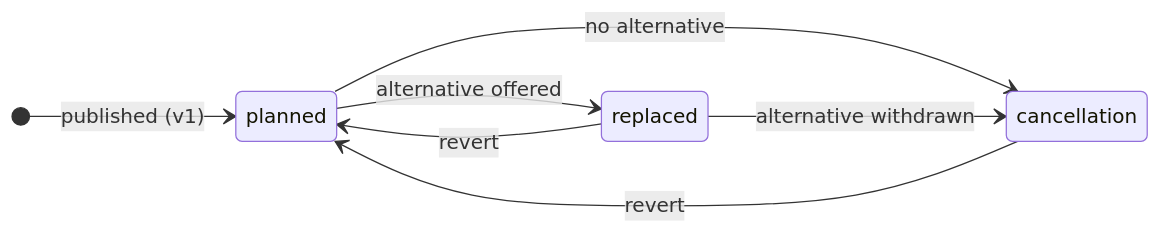
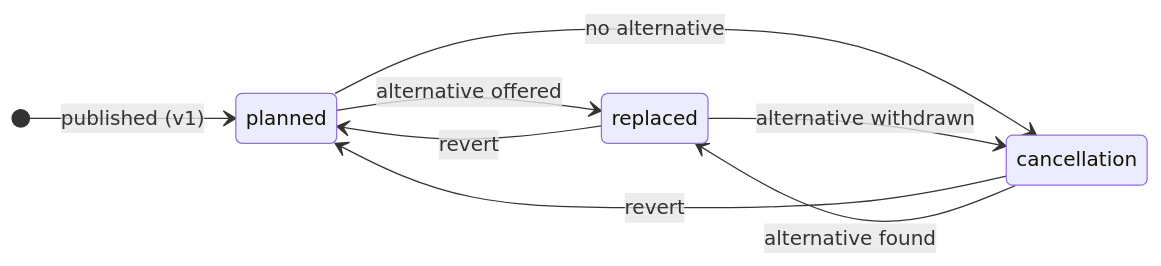
One commit to entur/nordic-netex-documentation changed the first of 3 diagrams in guides/DeviationHandling/DeviationHandling_Guide.md. Above: the diagram before and after it, drawn with Mermaid. The commit also changed other lines of this file, not shown here.

First line of the commit message:
docs(guides): add cancellation -> replaced transition

````diff
--- a/guides/DeviationHandling/DeviationHandling_Guide.md
+++ b/guides/DeviationHandling/DeviationHandling_Guide.md
@@ -39,10 +39,11 @@
 ```mermaid
 stateDiagram-v2
     direction LR
     [*] --> planned: published (v1)
     planned --> replaced: alternative offered
     planned --> cancellation: no alternative
     replaced --> planned: revert
     cancellation --> planned: revert
     replaced --> cancellation: alternative withdrawn
+    cancellation --> replaced: alternative found
 ```
````
